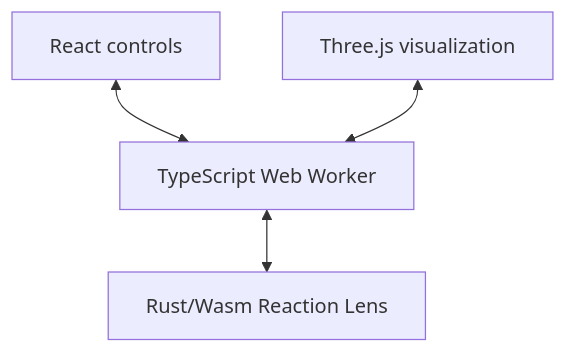
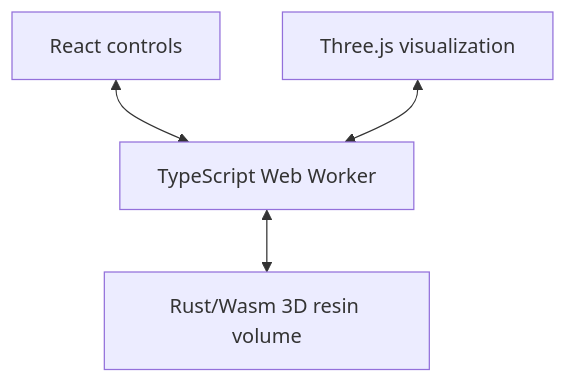
Before and after one commit to bertona88/twophotonlithography: the diagram in README.md, drawn with Mermaid. The commit also changed other lines of this file and 19 other files, not shown here.

````diff
--- a/README.md
+++ b/README.md
@@ -29,6 +31,6 @@
 ```mermaid
 flowchart TD
     UI["React controls"] <--> W["TypeScript Web Worker"]
     V["Three.js visualization"] <--> W
-    W <--> R["Rust/Wasm Reaction Lens"]
+    W <--> R["Rust/Wasm 3D resin volume"]
 ```
````
